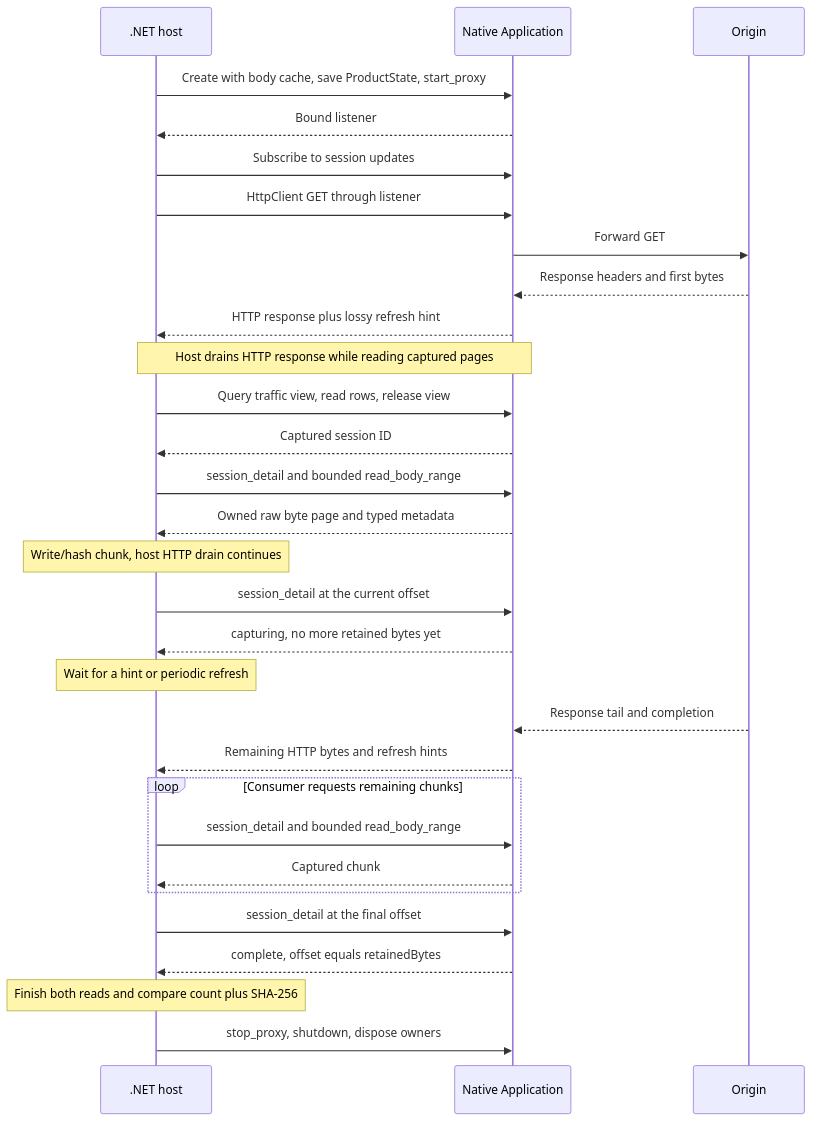
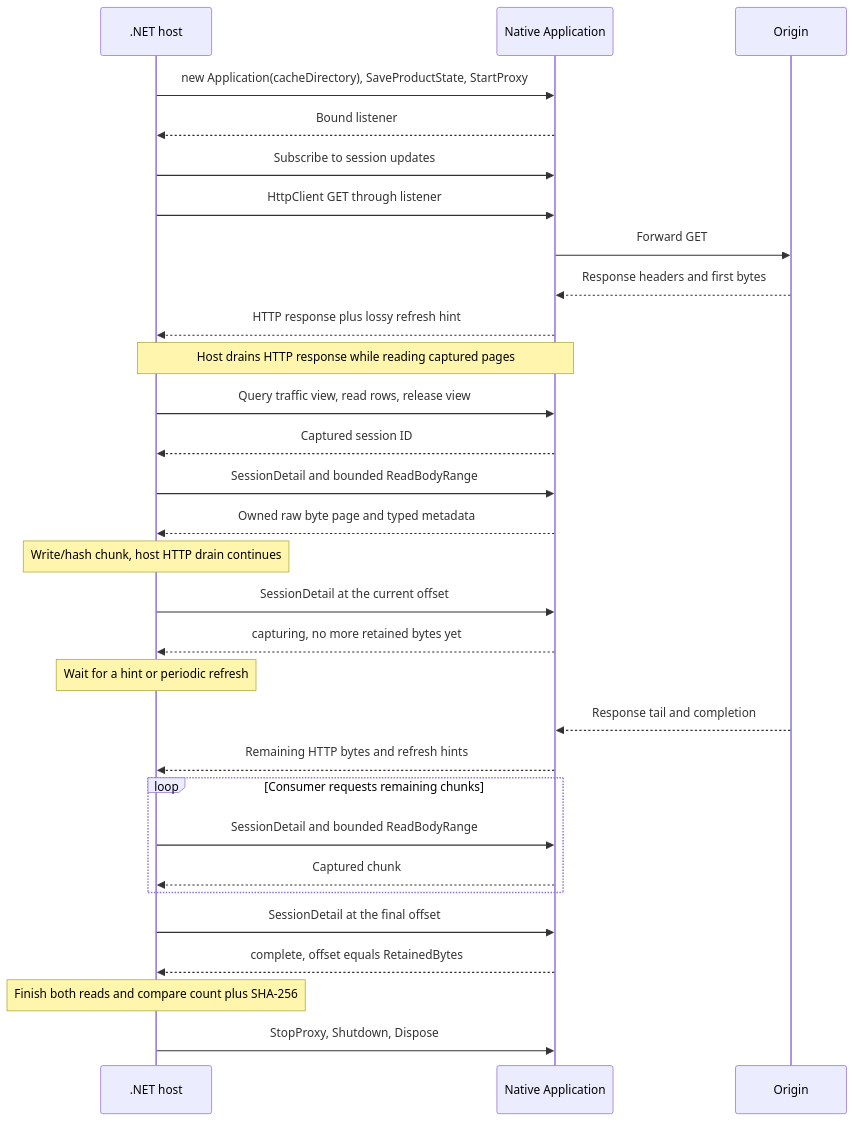
Before and after one commit to erik-anderson/transmog: the diagram in examples/dotnet-embedding/README.md, drawn with Mermaid. The commit also changed other lines of this file and 3 other files, not shown here.

````diff
--- a/examples/dotnet-embedding/README.md
+++ b/examples/dotnet-embedding/README.md
@@ -73,32 +90,32 @@
 ```mermaid
 sequenceDiagram
     participant Host as .NET host
     participant SDK as Native Application
     participant Origin
-    Host->>SDK: Create with body cache, save ProductState, start_proxy
+    Host->>SDK: new Application(cacheDirectory), SaveProductState, StartProxy
     SDK-->>Host: Bound listener
     Host->>SDK: Subscribe to session updates
     Host->>SDK: HttpClient GET through listener
     SDK->>Origin: Forward GET
     Origin-->>SDK: Response headers and first bytes
     SDK-->>Host: HTTP response plus lossy refresh hint
     Note over Host,SDK: Host drains HTTP response while reading captured pages
     Host->>SDK: Query traffic view, read rows, release view
     SDK-->>Host: Captured session ID
-    Host->>SDK: session_detail and bounded read_body_range
+    Host->>SDK: SessionDetail and bounded ReadBodyRange
     SDK-->>Host: Owned raw byte page and typed metadata
     Note over Host: Write/hash chunk, host HTTP drain continues
-    Host->>SDK: session_detail at the current offset
+    Host->>SDK: SessionDetail at the current offset
     SDK-->>Host: capturing, no more retained bytes yet
     Note over Host: Wait for a hint or periodic refresh
     Origin-->>SDK: Response tail and completion
     SDK-->>Host: Remaining HTTP bytes and refresh hints
     loop Consumer requests remaining chunks
-        Host->>SDK: session_detail and bounded read_body_range
+        Host->>SDK: SessionDetail and bounded ReadBodyRange
         SDK-->>Host: Captured chunk
     end
-    Host->>SDK: session_detail at the final offset
-    SDK-->>Host: complete, offset equals retainedBytes
+    Host->>SDK: SessionDetail at the final offset
+    SDK-->>Host: complete, offset equals RetainedBytes
     Note over Host: Finish both reads and compare count plus SHA-256
-    Host->>SDK: stop_proxy, shutdown, dispose owners
+    Host->>SDK: StopProxy, Shutdown, Dispose
 ```
````
